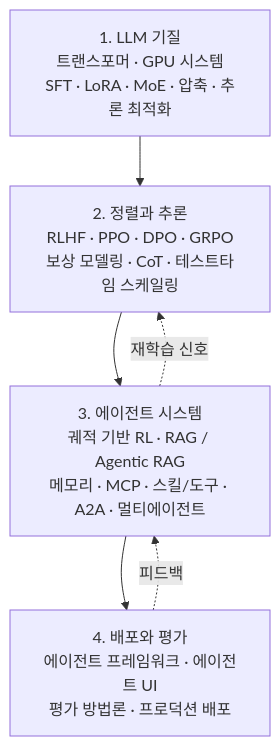
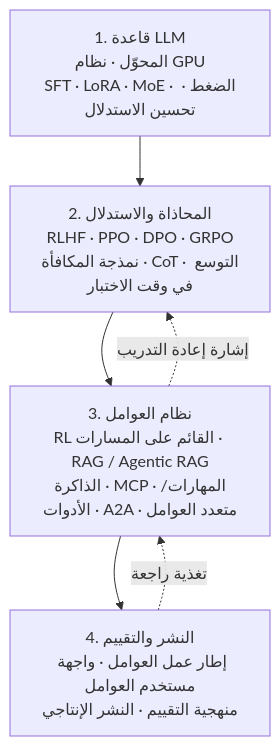
The diagram in _posts/ar/research/2026-06-28-agentic-ai-hitchhikers-guide.md (ThakiCloud/thakicloud.github.io), drawn with Mermaid before and after one commit. The commit also changed 21 other files, not shown here.

First line of the commit message:
fix(blog): translate mermaid labels to post language (en/ar)

````diff
--- a/_posts/ar/research/2026-06-28-agentic-ai-hitchhikers-guide.md
+++ b/_posts/ar/research/2026-06-28-agentic-ai-hitchhikers-guide.md
@@ -45,8 +45,8 @@
 ```mermaid
 flowchart TB
-    A["1. LLM 기질<br/>트랜스포머 · GPU 시스템<br/>SFT · LoRA · MoE · 압축 · 추론 최적화"] --> B["2. 정렬과 추론<br/>RLHF · PPO · DPO · GRPO<br/>보상 모델링 · CoT · 테스트타임 스케일링"]
-    B --> C["3. 에이전트 시스템<br/>궤적 기반 RL · RAG / Agentic RAG<br/>메모리 · MCP · 스킬/도구 · A2A · 멀티에이전트"]
-    C --> D["4. 배포와 평가<br/>에이전트 프레임워크 · 에이전트 UI<br/>평가 방법론 · 프로덕션 배포"]
-    D -.피드백.-> C
-    C -.재학습 신호.-> B
+    A["1. قاعدة LLM<br/>المحوّل · نظام GPU<br/>SFT · LoRA · MoE · الضغط · تحسين الاستدلال"] --> B["2. المحاذاة والاستدلال<br/>RLHF · PPO · DPO · GRPO<br/>نمذجة المكافأة · CoT · التوسع في وقت الاختبار"]
+    B --> C["3. نظام العوامل<br/>RL القائم على المسارات · RAG / Agentic RAG<br/>الذاكرة · MCP · المهارات/الأدوات · A2A · متعدد العوامل"]
+    C --> D["4. النشر والتقييم<br/>إطار عمل العوامل · واجهة مستخدم العوامل<br/>منهجية التقييم · النشر الإنتاجي"]
+    D -.تغذية راجعة.-> C
+    C -.إشارة إعادة التدريب.-> B
 ```
````
